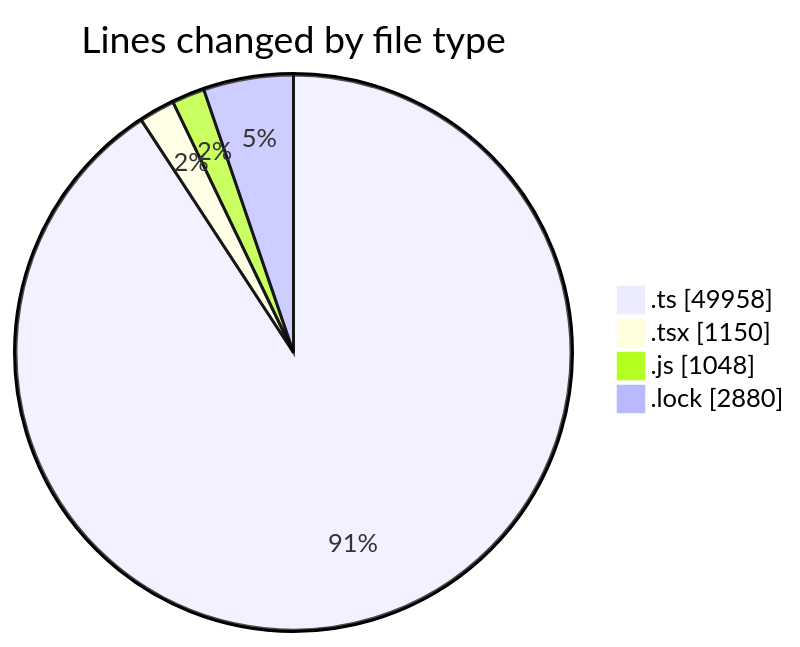
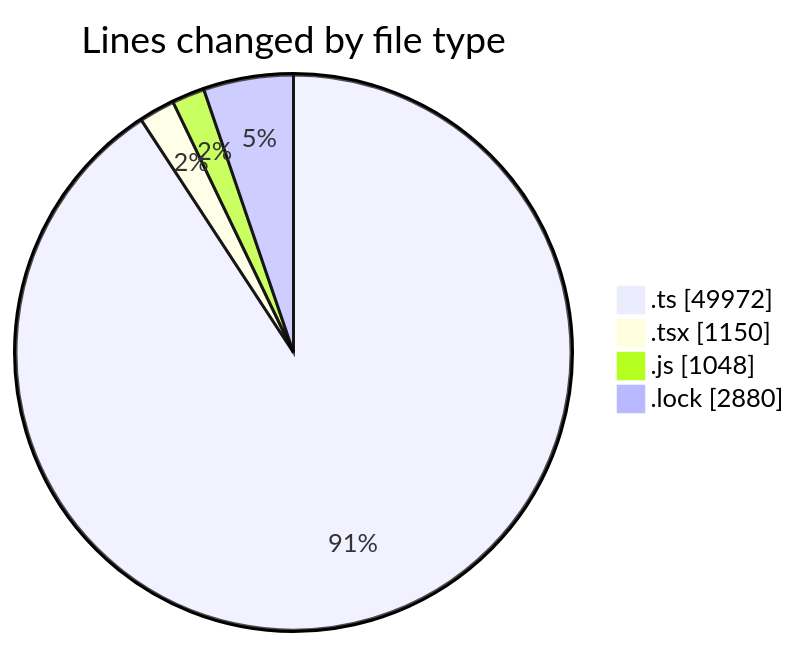
Before and after one commit to momahboobian/code-tracking: the first of 2 diagrams in 2026-09-11/cda/README.md, drawn with Mermaid. The commit also changed other lines of this file and 1 other file, not shown here.

````diff
--- a/2026-09-11/cda/README.md
+++ b/2026-09-11/cda/README.md
@@ -47,8 +47,8 @@
 ```mermaid
 pie showData
 title Lines changed by file type
-".ts" : 49958
+".ts" : 49972
 ".tsx" : 1150
 ".js" : 1048
 ".lock" : 2880
 ```
````
